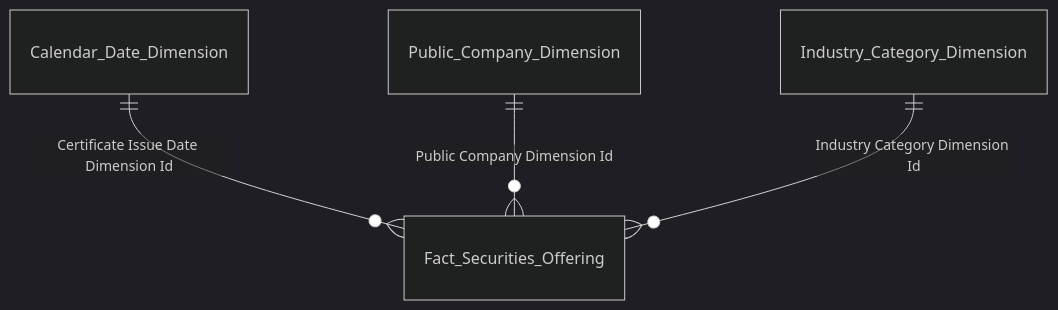
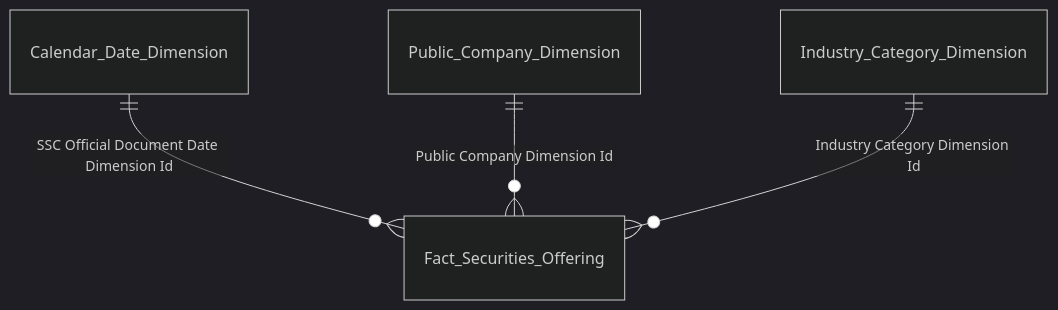
One commit to linhlvit/ubck_atomic_design changed the first of 2 diagrams in Gold/hld/GOLD_QLCB_Entities.md. Above: the diagram before and after it, drawn with Mermaid (dark theme). The commit also changed 9 other files, not shown here.

````diff
--- a/Gold/hld/GOLD_QLCB_Entities.md
+++ b/Gold/hld/GOLD_QLCB_Entities.md
@@ -10,6 +10,6 @@
 ```mermaid
 erDiagram
-    Calendar_Date_Dimension ||--o{ Fact_Securities_Offering : "Certificate Issue Date Dimension Id"
+    Calendar_Date_Dimension ||--o{ Fact_Securities_Offering : "SSC Official Document Date Dimension Id"
     Public_Company_Dimension ||--o{ Fact_Securities_Offering : "Public Company Dimension Id"
     Industry_Category_Dimension ||--o{ Fact_Securities_Offering : "Industry Category Dimension Id"
 ```
````
